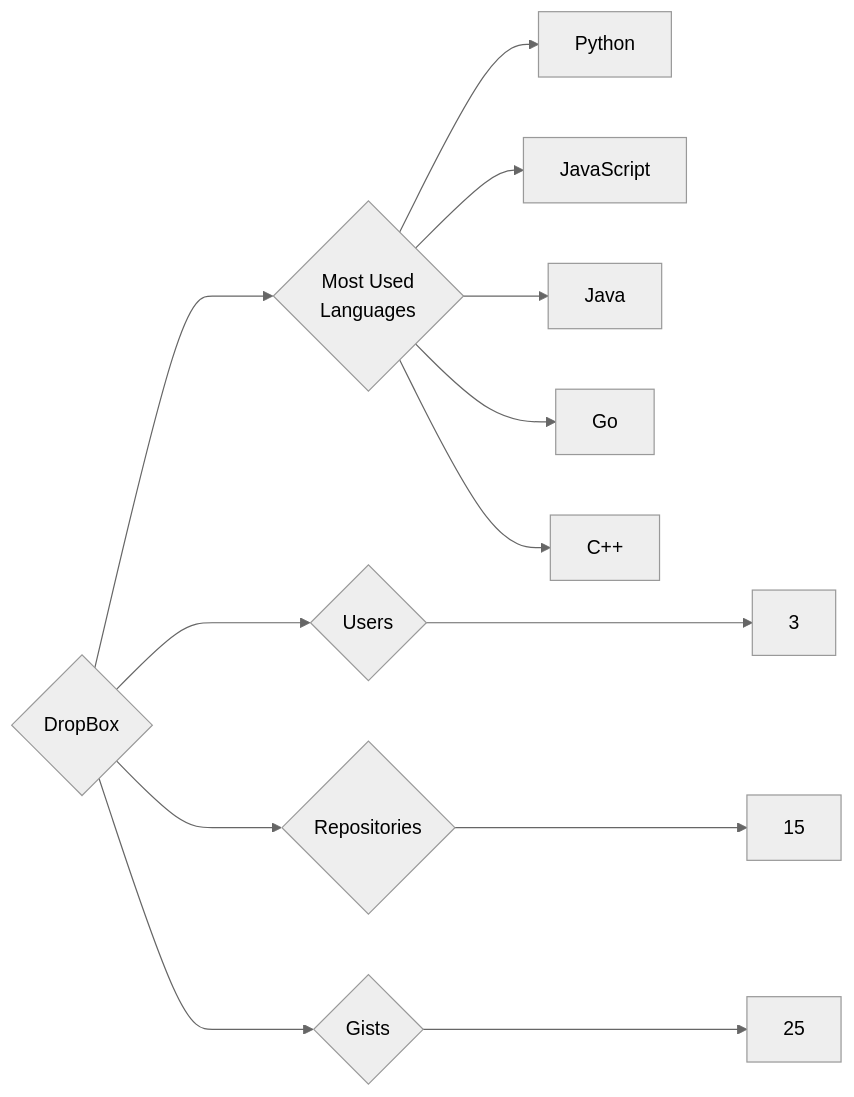
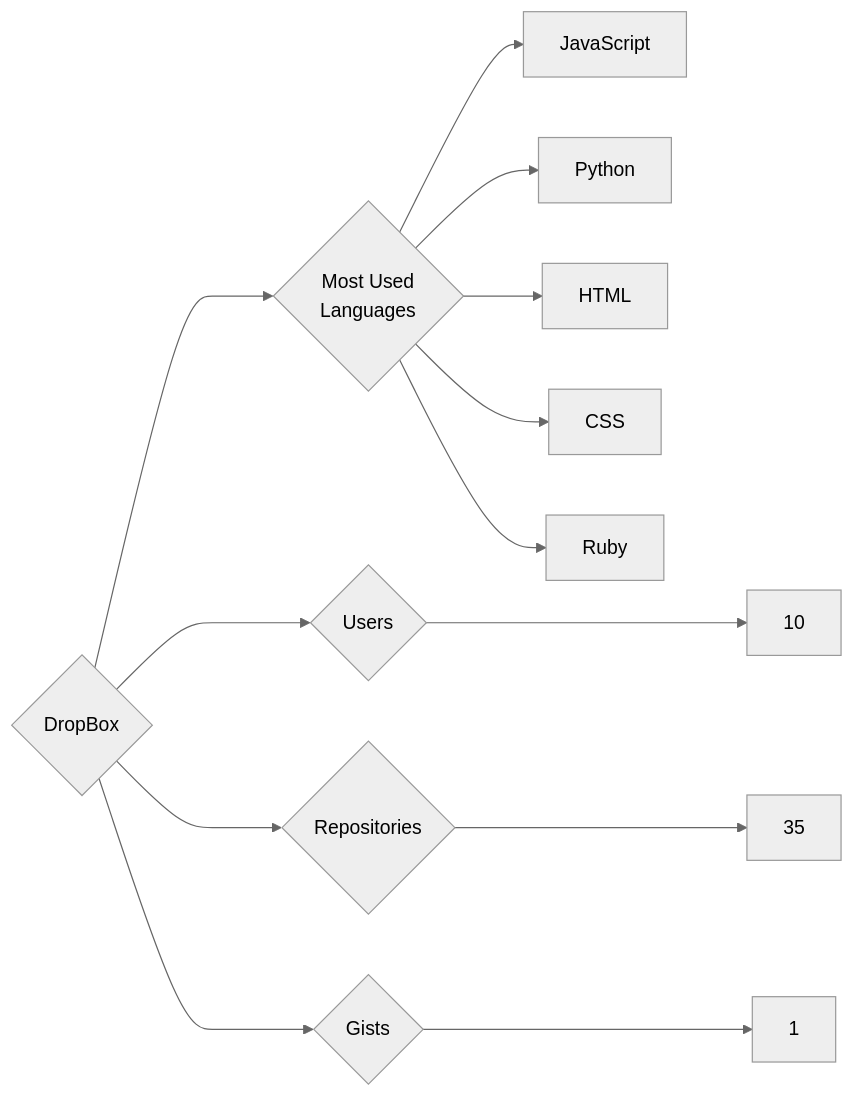
Before and after one commit to trickest/insiders: the diagram in targets/DropBox/README.md, drawn with Mermaid (neutral theme). The commit also changed 1212 other files, not shown here.

````diff
--- a/targets/DropBox/README.md
+++ b/targets/DropBox/README.md
@@ -3,13 +3,13 @@
 ```mermaid
 graph LR
 COMPANY_NAME{DropBox}
-COMPANY_NAME ---> U{Users} ---> UN[3]
-COMPANY_NAME ---> R{Repositories} ---> RN[15]
-COMPANY_NAME ---> G{Gists} ---> GN[25]
+COMPANY_NAME ---> U{Users} ---> UN[10]
+COMPANY_NAME ---> R{Repositories} ---> RN[35]
+COMPANY_NAME ---> G{Gists} ---> GN[1]
 COMPANY_NAME ---> ML{Most Used<br>Languages}
+ML --> JavaScript[JavaScript]
 ML --> Python[Python]
-ML --> JavaScript[JavaScript]
-ML --> Java[Java]
-ML --> Go[Go]
-ML --> C++[C++]
+ML --> HTML[HTML]
+ML --> CSS[CSS]
+ML --> Ruby[Ruby]
 ```
````
